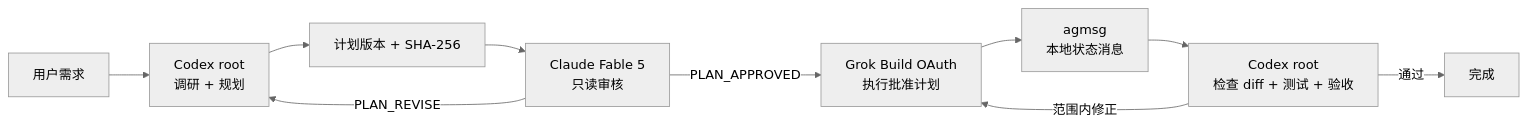
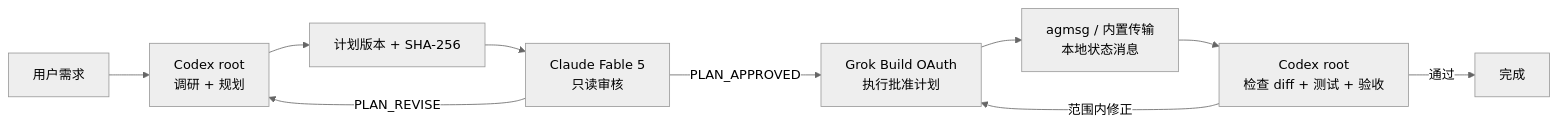
The diagram in README.md (Mnufs/subscription-triad), drawn with Mermaid (neutral theme) before and after one commit. The commit also changed other lines of this file and 14 other files, not shown here.

````diff
--- a/README.md
+++ b/README.md
@@ -7,12 +7,12 @@
 ```mermaid
 flowchart LR
     U["用户需求"] --> C["Codex root\n调研 + 规划"]
     C --> H["计划版本 + SHA-256"]
     H --> F["Claude Fable 5\n只读审核"]
     F -->|"PLAN_REVISE"| C
     F -->|"PLAN_APPROVED"| G["Grok Build OAuth\n执行批准计划"]
-    G --> A["agmsg\n本地状态消息"]
+    G --> A["agmsg / 内置传输\n本地状态消息"]
     A --> V["Codex root\n检查 diff + 测试 + 验收"]
     V -->|"范围内修正"| G
     V -->|"通过"| D["完成"]
 ```
````
